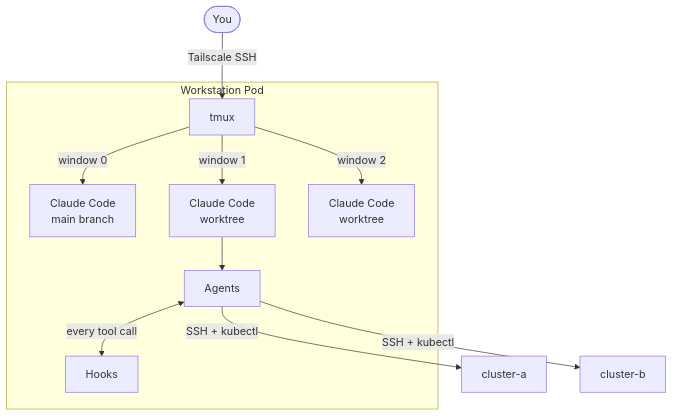
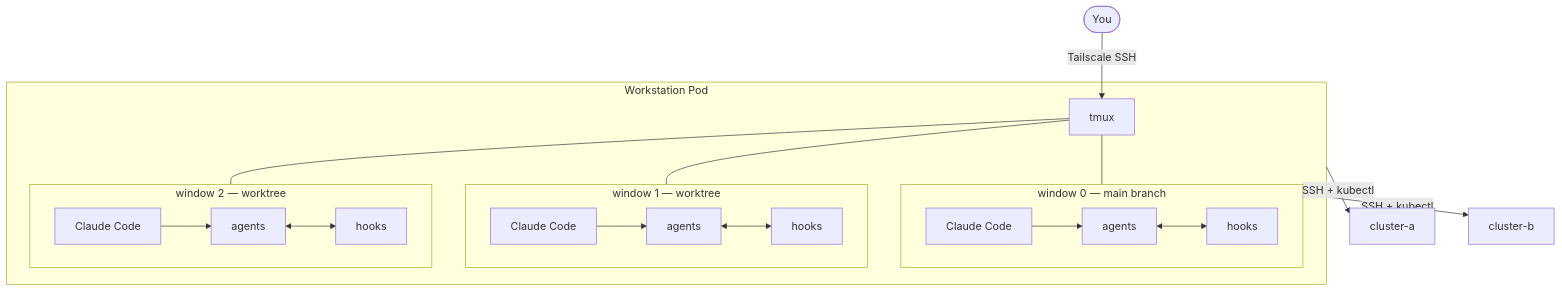
Before and after one commit to Kord96/kordinate: the first of 5 diagrams in docs/infrastructure.md, drawn with Mermaid.

Commit message:
docs: show each tmux window with its own Claude Code + agents + hooks [scribe]

````diff
--- a/docs/infrastructure.md
+++ b/docs/infrastructure.md
@@ -9,15 +9,24 @@
 ```mermaid
 flowchart TB
     U([You]) -->|Tailscale SSH| T
 
     subgraph WP[Workstation Pod]
-        T[tmux] -->|window 0| CC0[Claude Code<br/>main branch]
-        T -->|window 1| CC1[Claude Code<br/>worktree]
-        T -->|window 2| CC2[Claude Code<br/>worktree]
-        CC1 --> AG[Agents]
-        AG <-->|every tool call| HK[Hooks]
+        T[tmux]
+        T --- W0 & W1 & W2
+
+        subgraph W0[window 0 — main branch]
+            CC0[Claude Code] --> A0[agents] <--> H0[hooks]
+        end
+
+        subgraph W1[window 1 — worktree]
+            CC1[Claude Code] --> A1[agents] <--> H1[hooks]
+        end
+
+        subgraph W2[window 2 — worktree]
+            CC2[Claude Code] --> A2[agents] <--> H2[hooks]
+        end
     end
 
-    AG -->|SSH + kubectl| C1[cluster-a]
-    AG -->|SSH + kubectl| C2[cluster-b]
+    WP -->|SSH + kubectl| C1[cluster-a]
+    WP -->|SSH + kubectl| C2[cluster-b]
 ```
````
